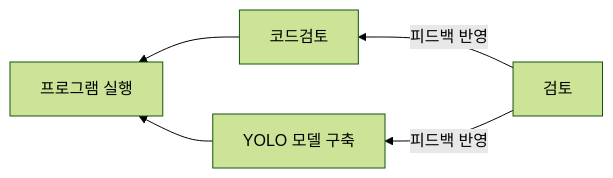
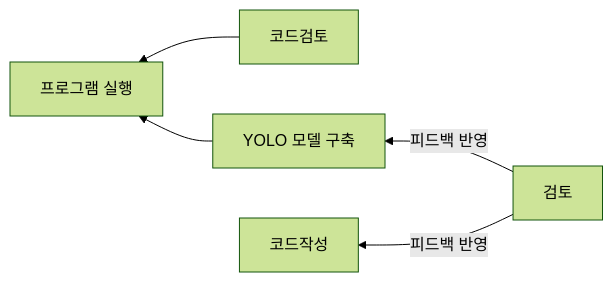
One commit to gamdumdum/my-project changed the second of 2 diagrams in README.md. Above: the diagram before and after it, drawn with Mermaid (forest theme). The commit also changed other lines of this file, not shown here.

````diff
--- a/README.md
+++ b/README.md
@@ -22,7 +22,7 @@
 ```mermaid
 flowchart RL
     코드검토-->실행
     Yolo -->실행[프로그램 실행]
     검토[검토] -->|피드백 반영|Yolo[YOLO 모델 구축]
-    검토 -->|피드백 반영|코드검토[코드검토]
+    검토 -->|피드백 반영|코드[코드작성]
 ```
````
